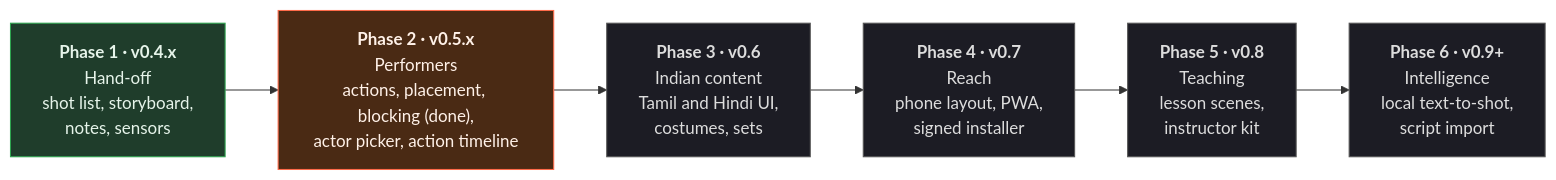
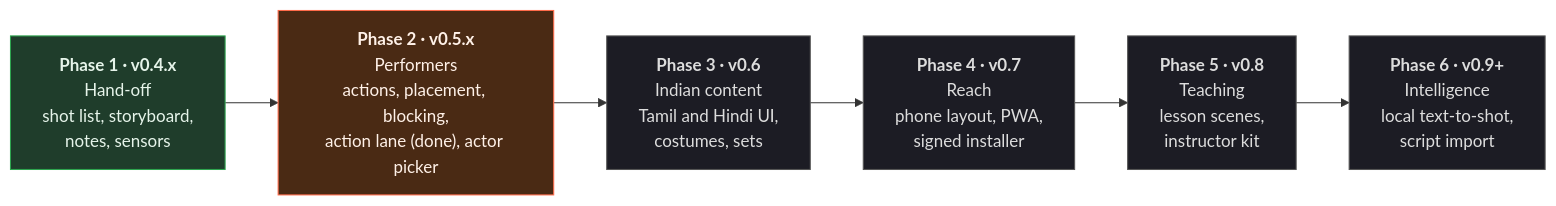
Before and after one commit to yeshwanthguru/KALKI-simulator: the second of 3 diagrams in README.md, drawn with Mermaid. The commit also changed other lines of this file and 24 other files, not shown here.

Commit message:
v0.5.2: action lane for timed action changes inside a shot, screenshot tools, sharper README images

````diff
--- a/README.md
+++ b/README.md
@@ -129,13 +139,13 @@
 ```mermaid
 flowchart LR
     P1["<b>Phase 1 · v0.4.x</b><br/>Hand-off<br/>shot list, storyboard,<br/>notes, sensors"]:::done
-    P2["<b>Phase 2 · v0.5.x</b><br/>Performers<br/>actions, placement, blocking (done),<br/>actor picker, action timeline"]:::next
+    P2["<b>Phase 2 · v0.5.x</b><br/>Performers<br/>actions, placement, blocking,<br/>action lane (done), actor picker"]:::next
     P3["<b>Phase 3 · v0.6</b><br/>Indian content<br/>Tamil and Hindi UI,<br/>costumes, sets"]:::todo
     P4["<b>Phase 4 · v0.7</b><br/>Reach<br/>phone layout, PWA,<br/>signed installer"]:::todo
     P5["<b>Phase 5 · v0.8</b><br/>Teaching<br/>lesson scenes,<br/>instructor kit"]:::todo
     P6["<b>Phase 6 · v0.9+</b><br/>Intelligence<br/>local text-to-shot,<br/>script import"]:::todo
     P1 --> P2 --> P3 --> P4 --> P5 --> P6
     classDef done fill:#1f3d2b,stroke:#2ea44f,color:#e6f4ea;
     classDef next fill:#4a2a14,stroke:#ff6b4a,color:#fff1e8;
     classDef todo fill:#1c1c24,stroke:#555,color:#ddd;
 ```
````
